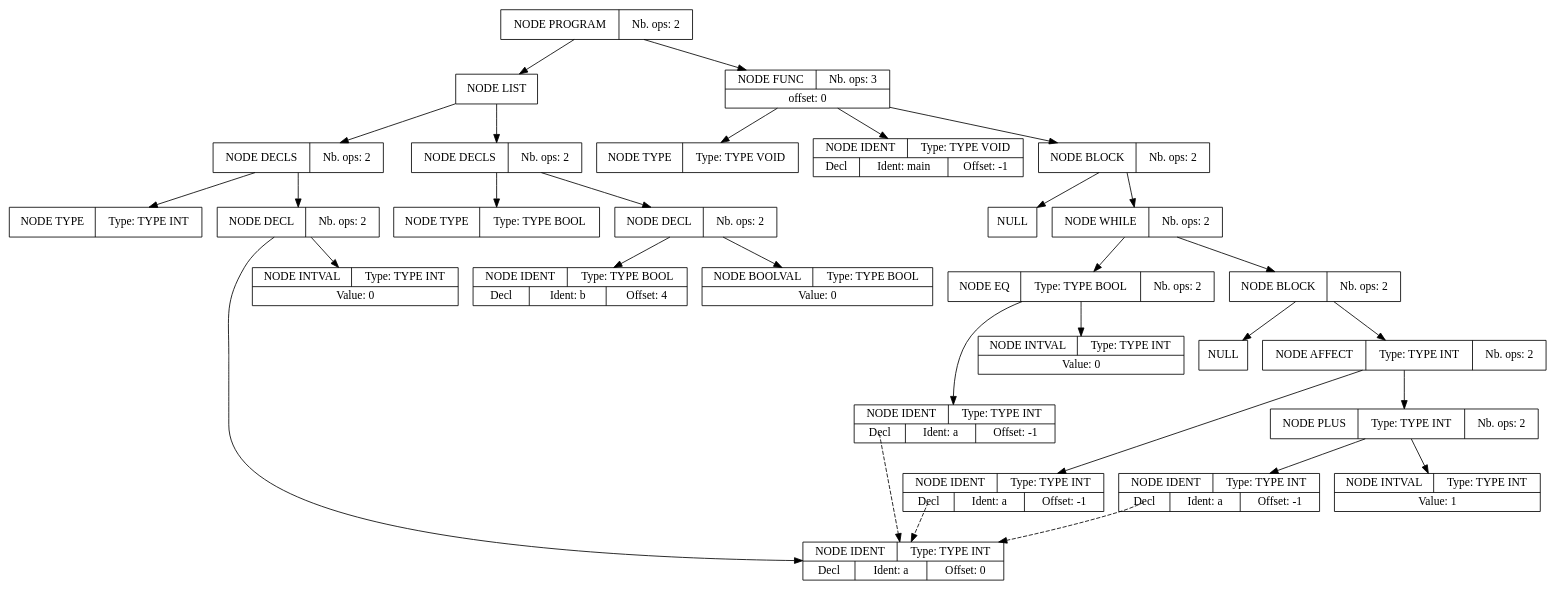
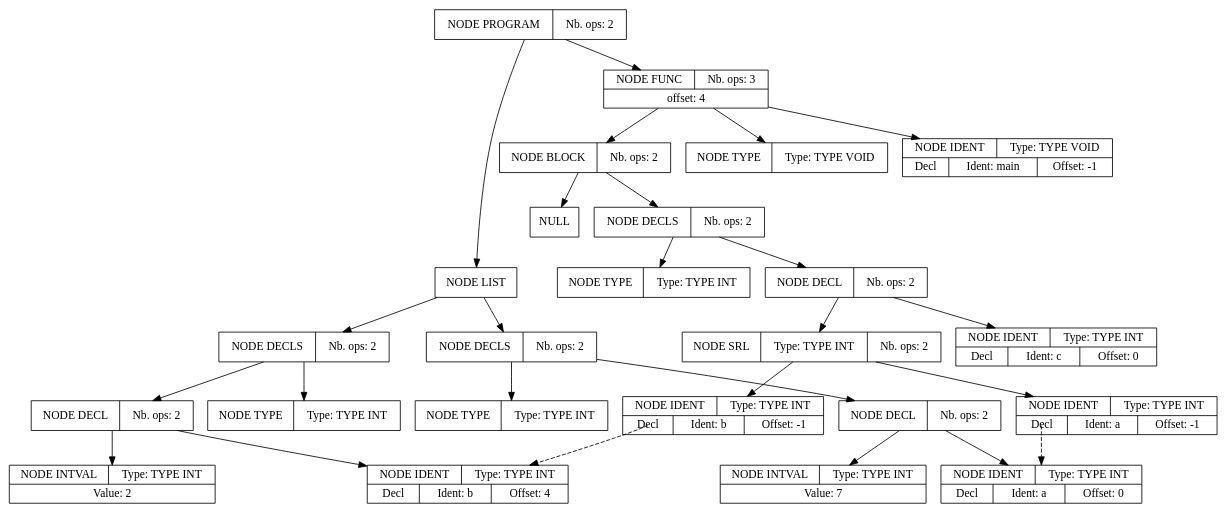
The diagram in apres_passe_1.dot (utrobert2/CompilateurCool), drawn with Graphviz before and after one commit. The commit also changed 37 other files, not shown here.

```diff
--- a/apres_passe_1.dot
+++ b/apres_passe_1.dot
@@ -1,90 +1,76 @@
 digraph global_vars {
     N1 [shape=record, label="{{NODE PROGRAM|Nb. ops: 2}}"];
     N2 [shape=record, label="{{NODE LIST}}"];
     N3 [shape=record, label="{{NODE DECLS|Nb. ops: 2}}"];
     N4 [shape=record, label="{{NODE TYPE|Type: TYPE INT}}"];
     edge[tailclip=true];
     N3 -> N4
     N5 [shape=record, label="{{NODE DECL|Nb. ops: 2}}"];
     N6 [shape=record, label="{{NODE IDENT|Type: TYPE INT}|{<decl>Decl      |Ident: a|Offset: 0}}"];
     edge[tailclip=true];
     N5 -> N6
-    N7 [shape=record, label="{{NODE INTVAL|Type: TYPE INT}|{Value: 0}}"];
+    N7 [shape=record, label="{{NODE INTVAL|Type: TYPE INT}|{Value: 7}}"];
     edge[tailclip=true];
     N5 -> N7
     edge[tailclip=true];
     N3 -> N5
     edge[tailclip=true];
     N2 -> N3
     N8 [shape=record, label="{{NODE DECLS|Nb. ops: 2}}"];
-    N9 [shape=record, label="{{NODE TYPE|Type: TYPE BOOL}}"];
+    N9 [shape=record, label="{{NODE TYPE|Type: TYPE INT}}"];
     edge[tailclip=true];
     N8 -> N9
     N10 [shape=record, label="{{NODE DECL|Nb. ops: 2}}"];
-    N11 [shape=record, label="{{NODE IDENT|Type: TYPE BOOL}|{<decl>Decl      |Ident: b|Offset: 4}}"];
+    N11 [shape=record, label="{{NODE IDENT|Type: TYPE INT}|{<decl>Decl      |Ident: b|Offset: 4}}"];
     edge[tailclip=true];
     N10 -> N11
-    N12 [shape=record, label="{{NODE BOOLVAL|Type: TYPE BOOL}|{Value: 0}}"];
+    N12 [shape=record, label="{{NODE INTVAL|Type: TYPE INT}|{Value: 2}}"];
     edge[tailclip=true];
     N10 -> N12
     edge[tailclip=true];
     N8 -> N10
     edge[tailclip=true];
     N2 -> N8
     edge[tailclip=true];
     N1 -> N2
-    N13 [shape=record, label="{{NODE FUNC|Nb. ops: 3}|{offset: 0}}"];
+    N13 [shape=record, label="{{NODE FUNC|Nb. ops: 3}|{offset: 4}}"];
     N14 [shape=record, label="{{NODE TYPE|Type: TYPE VOID}}"];
     edge[tailclip=true];
     N13 -> N14
     N15 [shape=record, label="{{NODE IDENT|Type: TYPE VOID}|{<decl>Decl      |Ident: main|Offset: -1}}"];
     edge[tailclip=true];
     N13 -> N15
     N16 [shape=record, label="{{NODE BLOCK|Nb. ops: 2}}"];
-    N17 [shape=record, label="{{NULL}}"];
+    N17 [shape=record, label="{{NODE DECLS|Nb. ops: 2}}"];
+    N18 [shape=record, label="{{NODE TYPE|Type: TYPE INT}}"];
     edge[tailclip=true];
-    N16 -> N17
-    N18 [shape=record, label="{{NODE WHILE|Nb. ops: 2}}"];
-    N19 [shape=record, label="{{NODE EQ|Type: TYPE BOOL|Nb. ops: 2}}"];
-    N20 [shape=record, label="{{NODE IDENT|Type: TYPE INT}|{<decl>Decl      |Ident: a|Offset: -1}}"];
-    edge[tailclip=false];
-    "N20":decl:c -> "N6" [style=dashed]
+    N17 -> N18
+    N19 [shape=record, label="{{NODE DECL|Nb. ops: 2}}"];
+    N20 [shape=record, label="{{NODE IDENT|Type: TYPE INT}|{<decl>Decl      |Ident: c|Offset: 0}}"];
     edge[tailclip=true];
     N19 -> N20
-    N21 [shape=record, label="{{NODE INTVAL|Type: TYPE INT}|{Value: 0}}"];
+    N21 [shape=record, label="{{NODE SRL|Type: TYPE INT|Nb. ops: 2}}"];
+    N22 [shape=record, label="{{NODE IDENT|Type: TYPE INT}|{<decl>Decl      |Ident: a|Offset: -1}}"];
+    edge[tailclip=false];
+    "N22":decl:c -> "N6" [style=dashed]
+    edge[tailclip=true];
+    N21 -> N22
+    N23 [shape=record, label="{{NODE IDENT|Type: TYPE INT}|{<decl>Decl      |Ident: b|Offset: -1}}"];
+    edge[tailclip=false];
+    "N23":decl:c -> "N11" [style=dashed]
+    edge[tailclip=true];
+    N21 -> N23
     edge[tailclip=true];
     N19 -> N21
     edge[tailclip=true];
-    N18 -> N19
-    N22 [shape=record, label="{{NODE BLOCK|Nb. ops: 2}}"];
-    N23 [shape=record, label="{{NULL}}"];
+    N17 -> N19
     edge[tailclip=true];
-    N22 -> N23
-    N24 [shape=record, label="{{NODE AFFECT|Type: TYPE INT|Nb. ops: 2}}"];
-    N25 [shape=record, label="{{NODE IDENT|Type: TYPE INT}|{<decl>Decl      |Ident: a|Offset: -1}}"];
-    edge[tailclip=false];
-    "N25":decl:c -> "N6" [style=dashed]
+    N16 -> N17
+    N24 [shape=record, label="{{NULL}}"];
     edge[tailclip=true];
-    N24 -> N25
-    N26 [shape=record, label="{{NODE PLUS|Type: TYPE INT|Nb. ops: 2}}"];
-    N27 [shape=record, label="{{NODE IDENT|Type: TYPE INT}|{<decl>Decl      |Ident: a|Offset: -1}}"];
-    edge[tailclip=false];
-    "N27":decl:c -> "N6" [style=dashed]
-    edge[tailclip=true];
-    N26 -> N27
-    N28 [shape=record, label="{{NODE INTVAL|Type: TYPE INT}|{Value: 1}}"];
-    edge[tailclip=true];
-    N26 -> N28
-    edge[tailclip=true];
-    N24 -> N26
-    edge[tailclip=true];
-    N22 -> N24
-    edge[tailclip=true];
-    N18 -> N22
-    edge[tailclip=true];
-    N16 -> N18
+    N16 -> N24
     edge[tailclip=true];
     N13 -> N16
     edge[tailclip=true];
     N1 -> N13
 }
```
